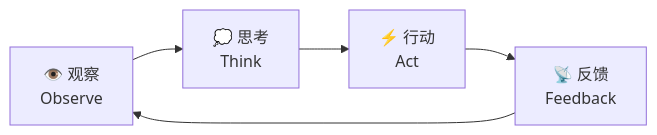
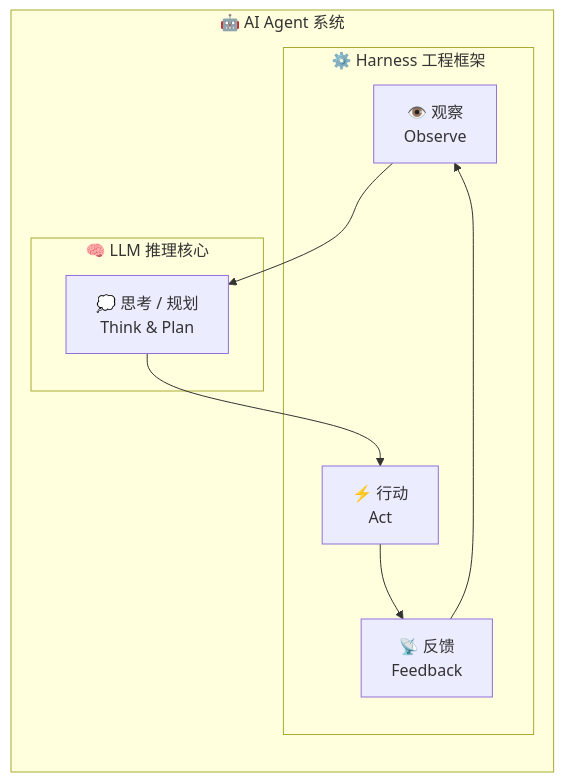
The first of 18 diagrams in _posts/2026-03-05-AI-Agent-Survey.md (TingdeLiu/tingdeliu.github.io), drawn with Mermaid before and after one commit.

Commit message:
Update AI Agent Survey: enhance Mermaid diagram to show LLM and Harness subgraph structure

````diff
--- a/_posts/2026-03-05-AI-Agent-Survey.md
+++ b/_posts/2026-03-05-AI-Agent-Survey.md
@@ -32,4 +32,17 @@
 ```mermaid
 flowchart LR
-    OBS["👁️ 观察\nObserve"] --> THK["💭 思考\nThink"] --> ACT["⚡ 行动\nAct"] --> FBK["📡 反馈\nFeedback"] --> OBS
+    subgraph Agent["🤖 AI Agent 系统"]
+        subgraph LLM["🧠 LLM 推理核心"]
+            THK["💭 思考 / 规划\nThink & Plan"]
+        end
+        subgraph Harness["⚙️ Harness 工程框架"]
+            OBS["👁️ 观察\nObserve"]
+            ACT["⚡ 行动\nAct"]
+            FBK["📡 反馈\nFeedback"]
+        end
+    end
+    OBS --> THK
+    THK --> ACT
+    ACT --> FBK
+    FBK --> OBS
 ```
````
